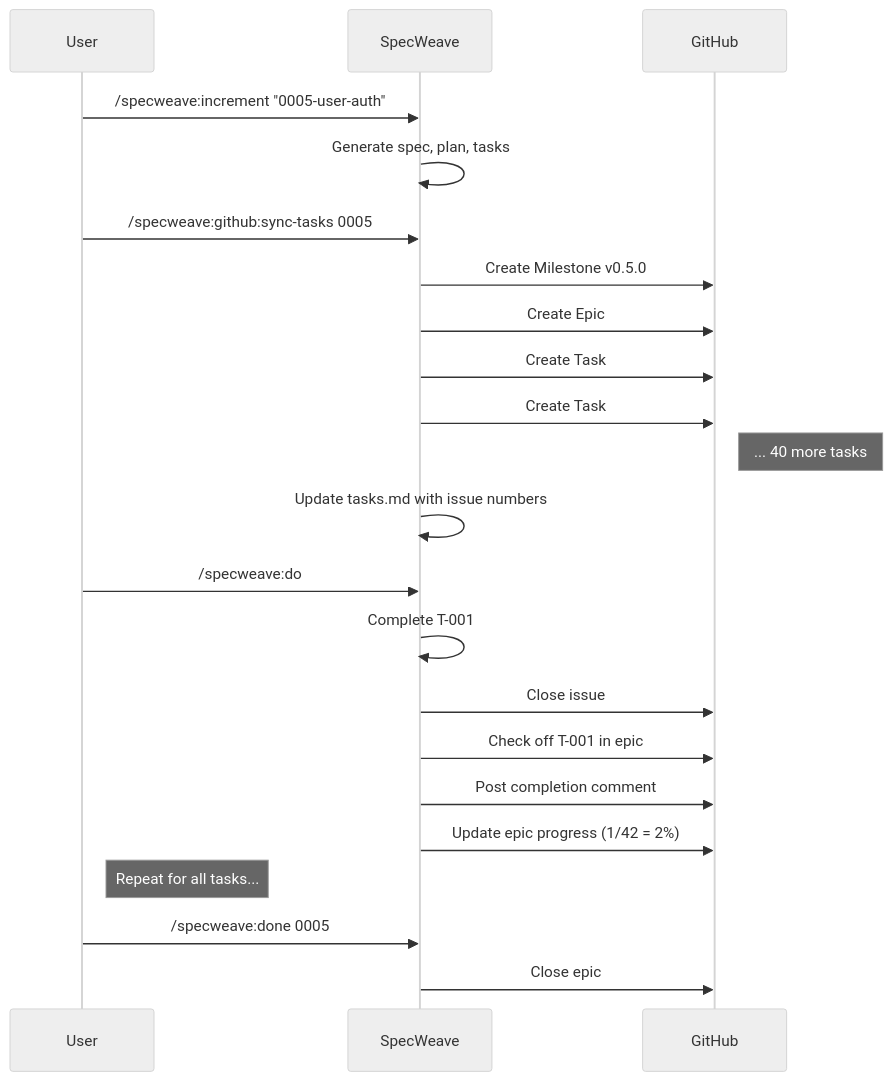
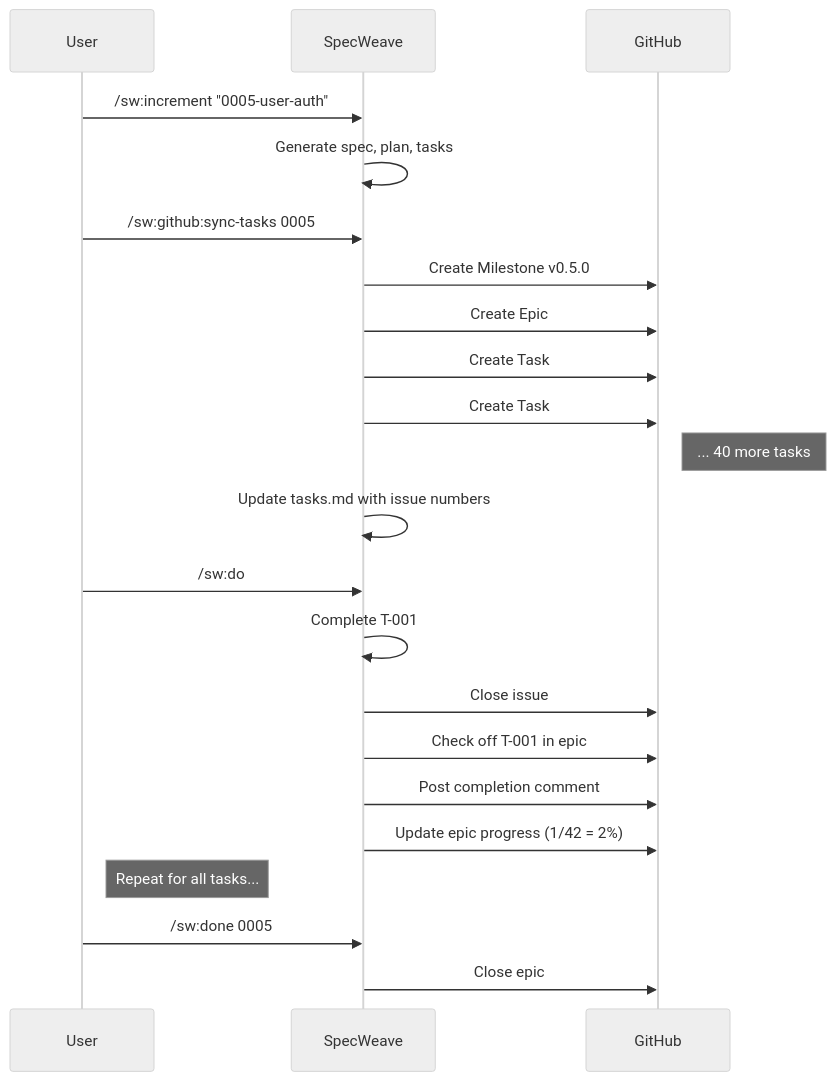
The diagram in docs-site/docs/guides/github-integration.md (anton-abyzov/specweave), drawn with Mermaid (neutral theme) before and after one commit. The commit also changed other lines of this file and 505 other files, not shown here.

````diff
--- a/docs-site/docs/guides/github-integration.md
+++ b/docs-site/docs/guides/github-integration.md
@@ -281,29 +281,29 @@
 ```mermaid
 sequenceDiagram
     participant User
     participant SpecWeave
     participant GitHub
 
-    User->>SpecWeave: /specweave:increment "0005-user-auth"
+    User->>SpecWeave: /sw:increment "0005-user-auth"
     SpecWeave->>SpecWeave: Generate spec, plan, tasks
 
-    User->>SpecWeave: /specweave:github:sync-tasks 0005
+    User->>SpecWeave: /sw:github:sync-tasks 0005
     SpecWeave->>GitHub: Create Milestone v0.5.0
     SpecWeave->>GitHub: Create Epic #42
     SpecWeave->>GitHub: Create Task #43 (T-001)
     SpecWeave->>GitHub: Create Task #44 (T-002)
     Note right of GitHub: ... 40 more tasks
     SpecWeave->>SpecWeave: Update tasks.md with issue numbers
 
-    User->>SpecWeave: /specweave:do
+    User->>SpecWeave: /sw:do
     SpecWeave->>SpecWeave: Complete T-001
     SpecWeave->>GitHub: Close issue #43
     SpecWeave->>GitHub: Check off T-001 in epic #42
     SpecWeave->>GitHub: Post completion comment
     SpecWeave->>GitHub: Update epic progress (1/42 = 2%)
 
     Note right of User: Repeat for all tasks...
 
-    User->>SpecWeave: /specweave:done 0005
+    User->>SpecWeave: /sw:done 0005
     SpecWeave->>GitHub: Close epic #42
 ```
````
